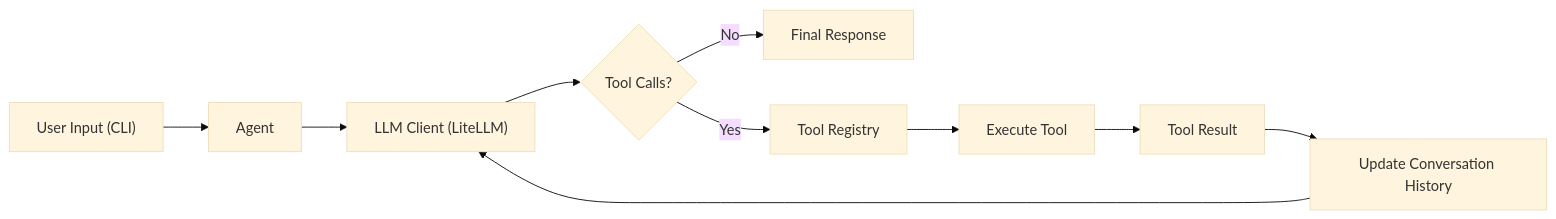
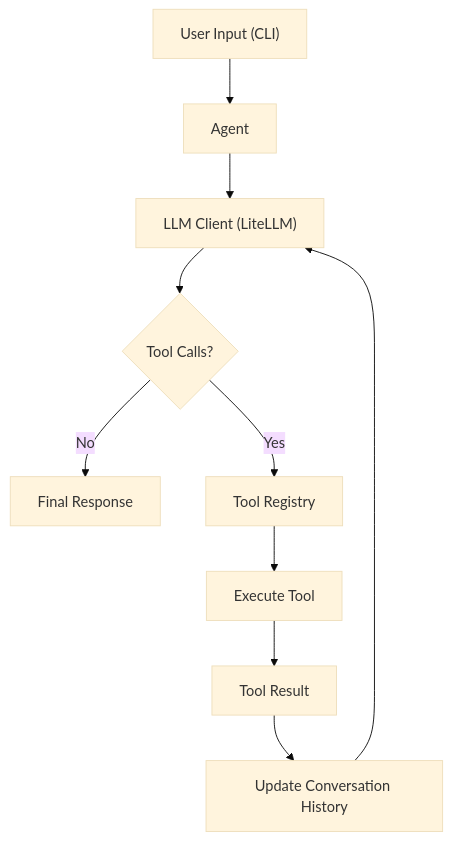
Before and after one commit to Kiran-velan/my-cli-coding-support-agent: the diagram in README.md, drawn with Mermaid (base theme).

Commit message:
Update flowchart syntax in README.md

````diff
--- a/README.md
+++ b/README.md
@@ -26,12 +26,12 @@
 ```mermaid
-flowchart LR
-    A["User Input (CLI)"] --> B["Agent"]
-    B --> C["LLM Client (LiteLLM)"]
-    C --> D{"Tool Calls?"}
-    D -->|No| E["Final Response"]
-    D -->|Yes| F["Tool Registry"]
-    F --> G["Execute Tool"]
-    G --> H["Tool Result"]
-    H --> I["Update Conversation History"]
-    I --> C
+flowchart TD
+A["User Input (CLI)"] --> B["Agent"]
+B --> C["LLM Client (LiteLLM)"]
+C --> D{"Tool Calls?"}
+D -->|No| E["Final Response"]
+D -->|Yes| F["Tool Registry"]
+F --> G["Execute Tool"]
+G --> H["Tool Result"]
+H --> I["Update Conversation History"]
+I --> C
 ```
````
